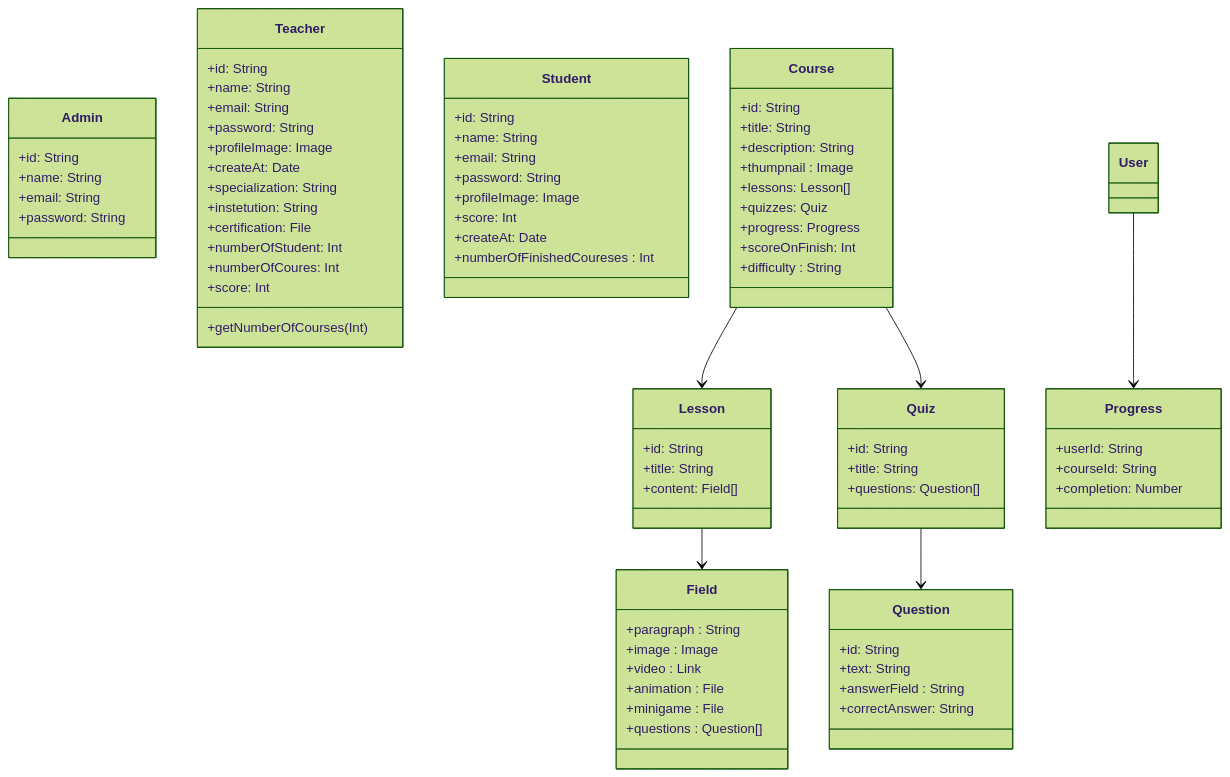
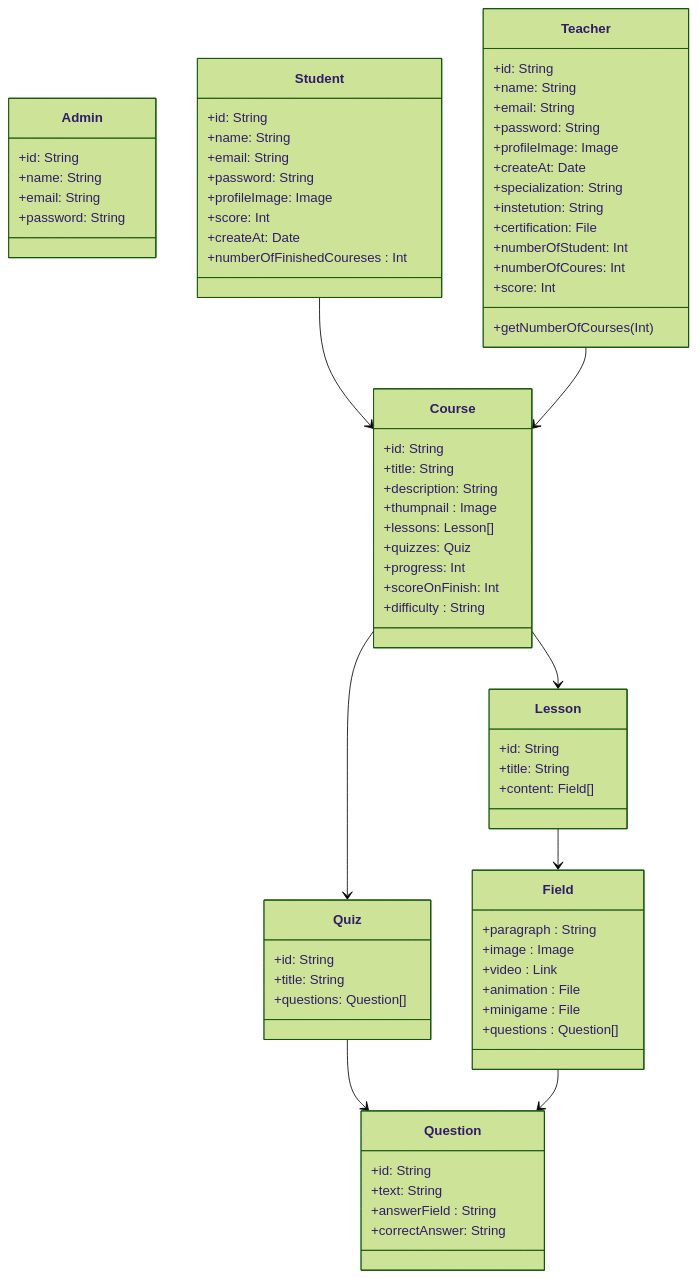
Before and after one commit to sayedpalestine7/MindQuest: the diagram in mermaid.md, drawn with Mermaid (forest theme).

Commit message:
Changes on the mermaid diagram

````diff
--- a/mermaid.md
+++ b/mermaid.md
@@ -42,7 +42,7 @@
         +thumpnail : Image
         +lessons: Lesson[]
         +quizzes: Quiz
-        +progress: Progress
+        +progress: Int
         +scoreOnFinish: Int
         +difficulty : String
     }
@@ -75,17 +75,12 @@
         +correctAnswer: String
     }
 
-    class Progress {
-        +userId: String
-        +courseId: String
-        +completion: Number
-    }
-
-    User --> Progress
+    Student --> Course
     Course --> Lesson
     Lesson --> Field
     Course --> Quiz
     Quiz --> Question
-
+    Field --> Question
+    Teacher --> Course
     
 ```
````
